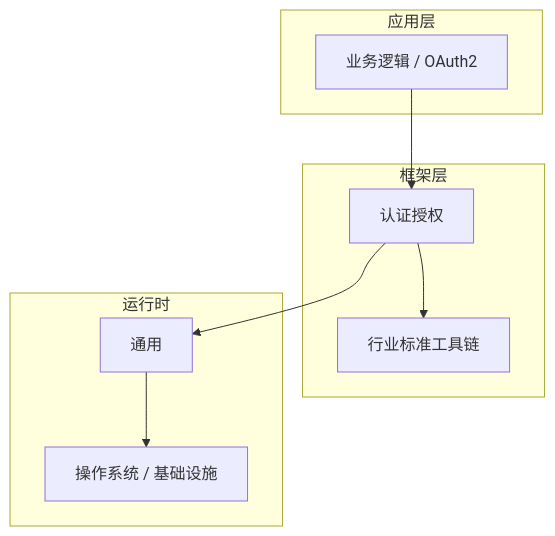
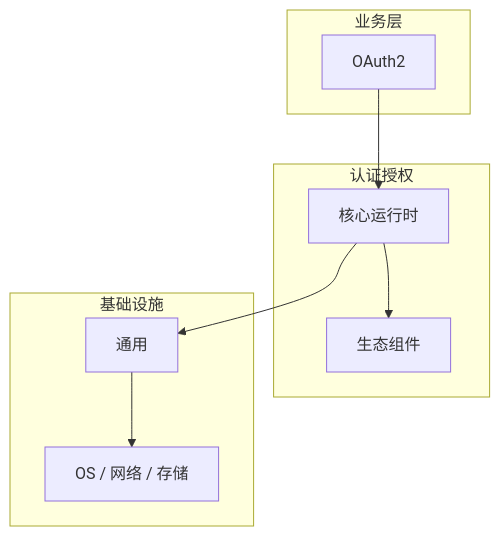
One commit to yanggan2015/knowledge-json-v2 changed the diagram in articles/认证授权/chapters/025-OAuth2核心概念与原理.md. Above: the diagram before and after it, drawn with Mermaid. The commit also changed other lines of this file and 10127 other files, not shown here.

````diff
--- a/articles/认证授权/chapters/025-OAuth2核心概念与原理.md
+++ b/articles/认证授权/chapters/025-OAuth2核心概念与原理.md
@@ -45,18 +34,18 @@
 ```mermaid
 graph TB
-    subgraph 应用层
-        A[业务逻辑 / OAuth2]
+    subgraph 业务层
+        A[OAuth2]
     end
-    subgraph 框架层
-        B[认证授权]
-        C[行业标准工具链]
+    subgraph 认证授权
+        B[核心运行时]
+        C[生态组件]
     end
-    subgraph 运行时
+    subgraph 基础设施
         D[通用]
-        E[操作系统 / 基础设施]
+        E[OS / 网络 / 存储]
     end
     A --> B
     B --> C
     B --> D
     D --> E
 ```
````
